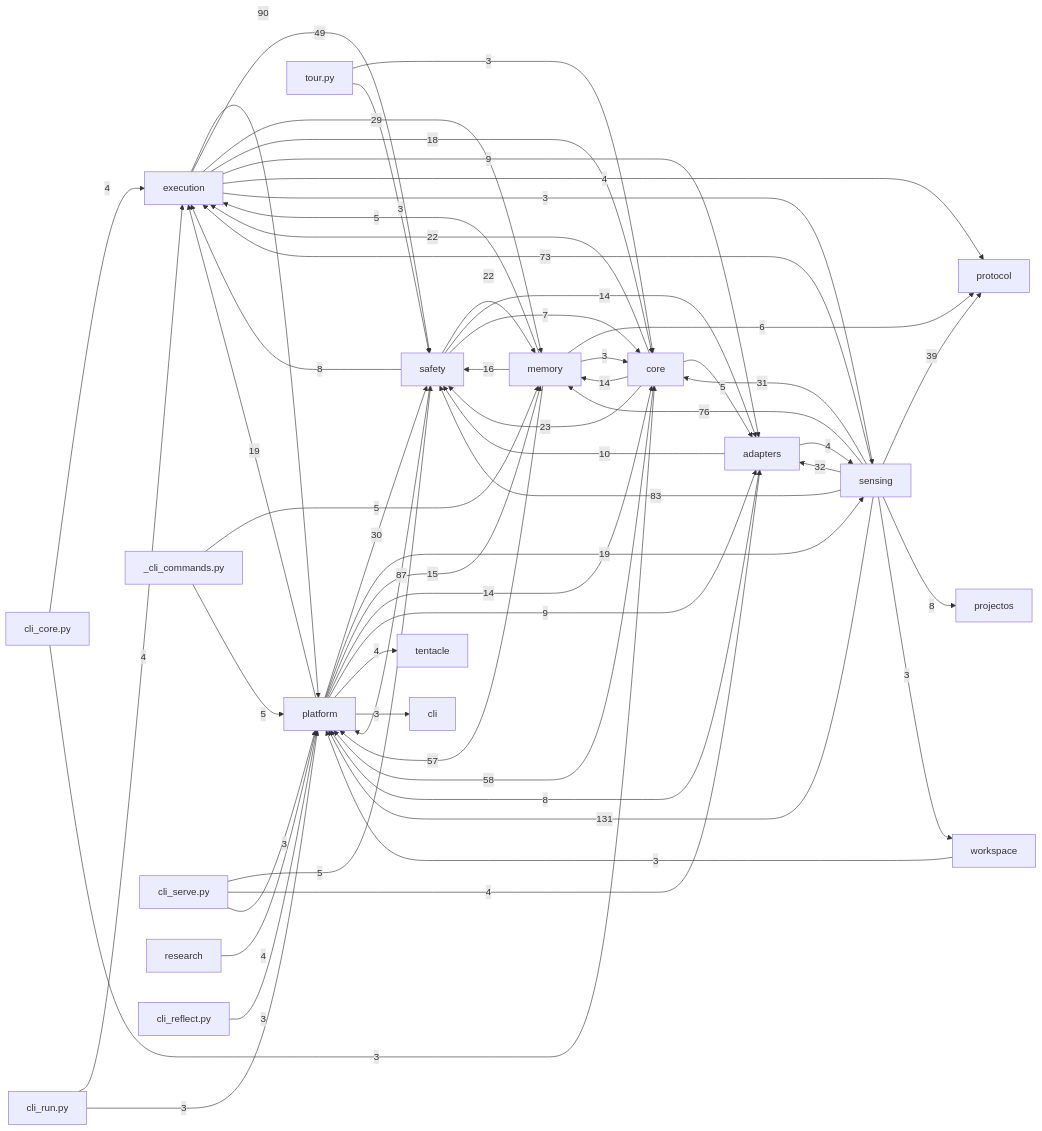
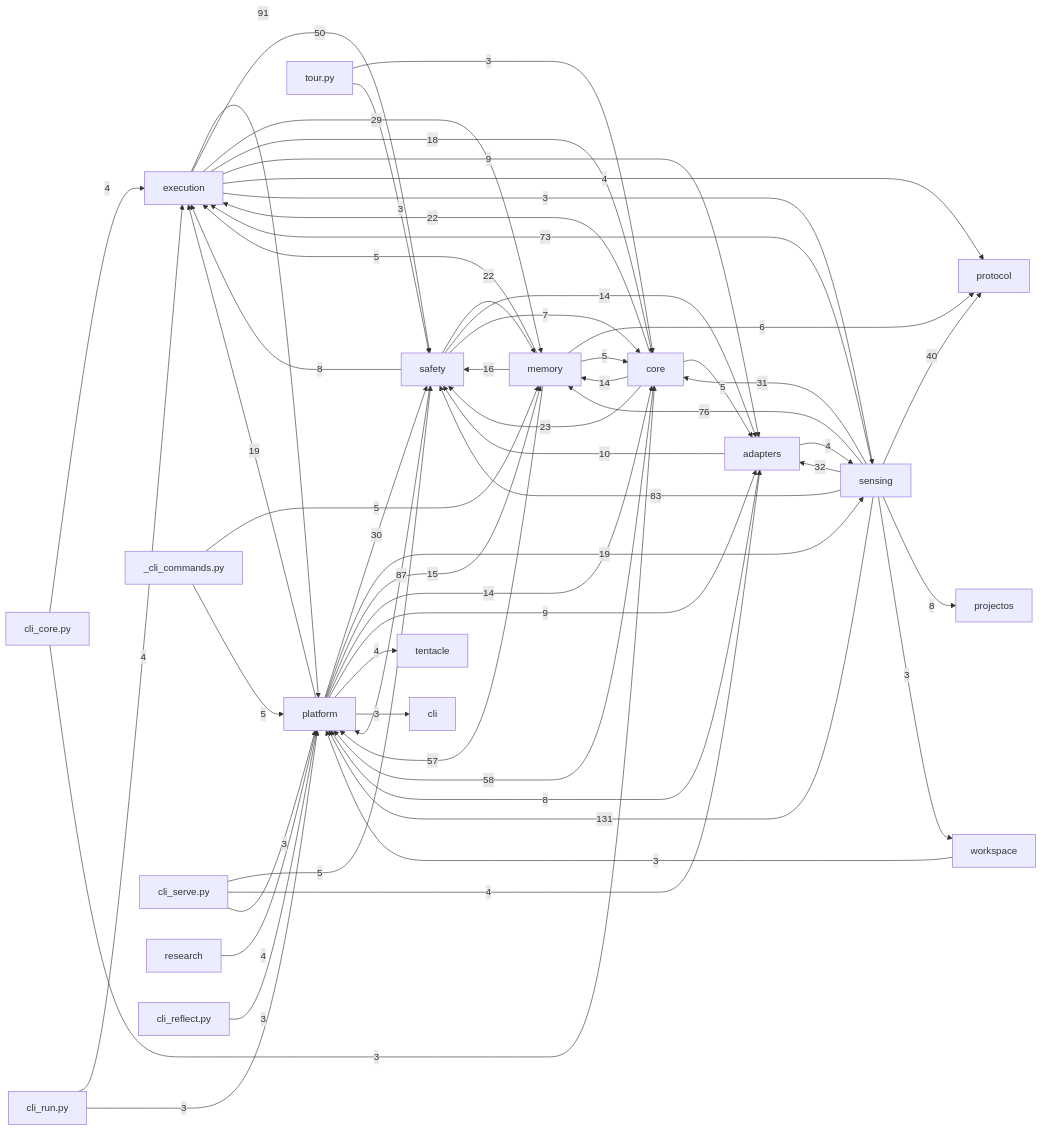
One commit to dengdenghua/octopus-agent changed the diagram in docs/auto/20-backend/index.md. Above: the diagram before and after it, drawn with Mermaid. The commit also changed 5 other files, not shown here.

First line of the commit message:
test: fix oct schema test secret, refresh docs/auto (Q-05 gate)

````diff
--- a/docs/auto/20-backend/index.md
+++ b/docs/auto/20-backend/index.md
@@ -26,66 +26,66 @@
 ```mermaid
 graph LR
   execution[execution]
   core[core]
   safety[safety]
   memory[memory]
   sensing[sensing]
   adapters[adapters]
   platform[platform]
   sensing -- 131 --> platform
-  execution -- 90 --> platform
+  execution -- 91 --> platform
   safety -- 87 --> platform
   sensing -- 83 --> safety
   sensing -- 76 --> memory
   sensing -- 73 --> execution
   core -- 58 --> platform
   memory -- 57 --> platform
-  execution -- 49 --> safety
-  sensing -- 39 --> protocol
+  execution -- 50 --> safety
+  sensing -- 40 --> protocol
   sensing -- 32 --> adapters
   sensing -- 31 --> core
   platform -- 30 --> safety
   execution -- 29 --> memory
   core -- 23 --> safety
   core -- 22 --> execution
   safety -- 22 --> memory
   platform -- 19 --> execution
   platform -- 19 --> sensing
   execution -- 18 --> core
   memory -- 16 --> safety
   platform -- 15 --> memory
   core -- 14 --> memory
   platform -- 14 --> core
   safety -- 14 --> adapters
   adapters -- 10 --> safety
   execution -- 9 --> adapters
   platform -- 9 --> adapters
   adapters -- 8 --> platform
   safety -- 8 --> execution
   sensing -- 8 --> projectos
   safety -- 7 --> core
   memory -- 6 --> protocol
   _cli_commands.py -- 5 --> memory
   _cli_commands.py -- 5 --> platform
   cli_serve.py -- 5 --> safety
   core -- 5 --> adapters
+  memory -- 5 --> core
   memory -- 5 --> execution
   adapters -- 4 --> sensing
   cli_core.py -- 4 --> execution
   cli_run.py -- 4 --> execution
   cli_serve.py -- 4 --> adapters
   execution -- 4 --> protocol
   platform -- 4 --> tentacle
   research -- 4 --> platform
   cli_core.py -- 3 --> core
   cli_reflect.py -- 3 --> platform
   cli_run.py -- 3 --> platform
   cli_serve.py -- 3 --> platform
   execution -- 3 --> sensing
-  memory -- 3 --> core
   platform -- 3 --> cli
   sensing -- 3 --> workspace
   tour.py -- 3 --> core
   tour.py -- 3 --> safety
   workspace -- 3 --> platform
 ```
````
